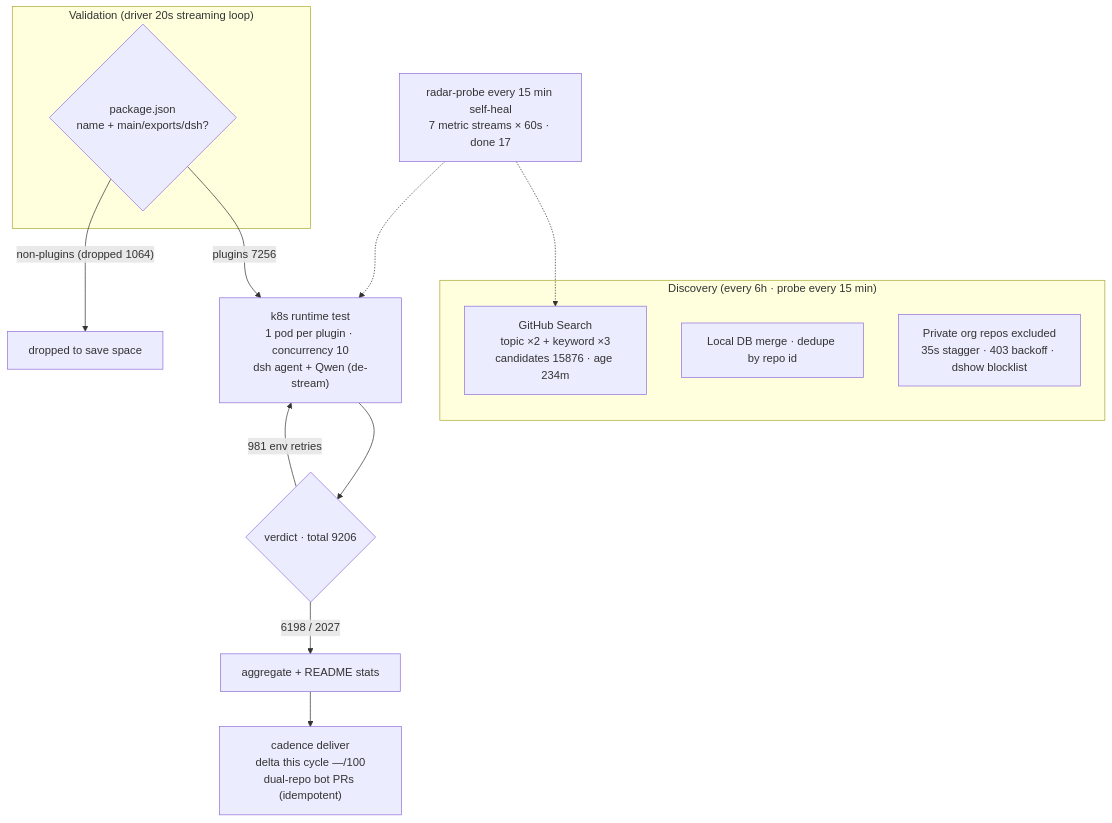
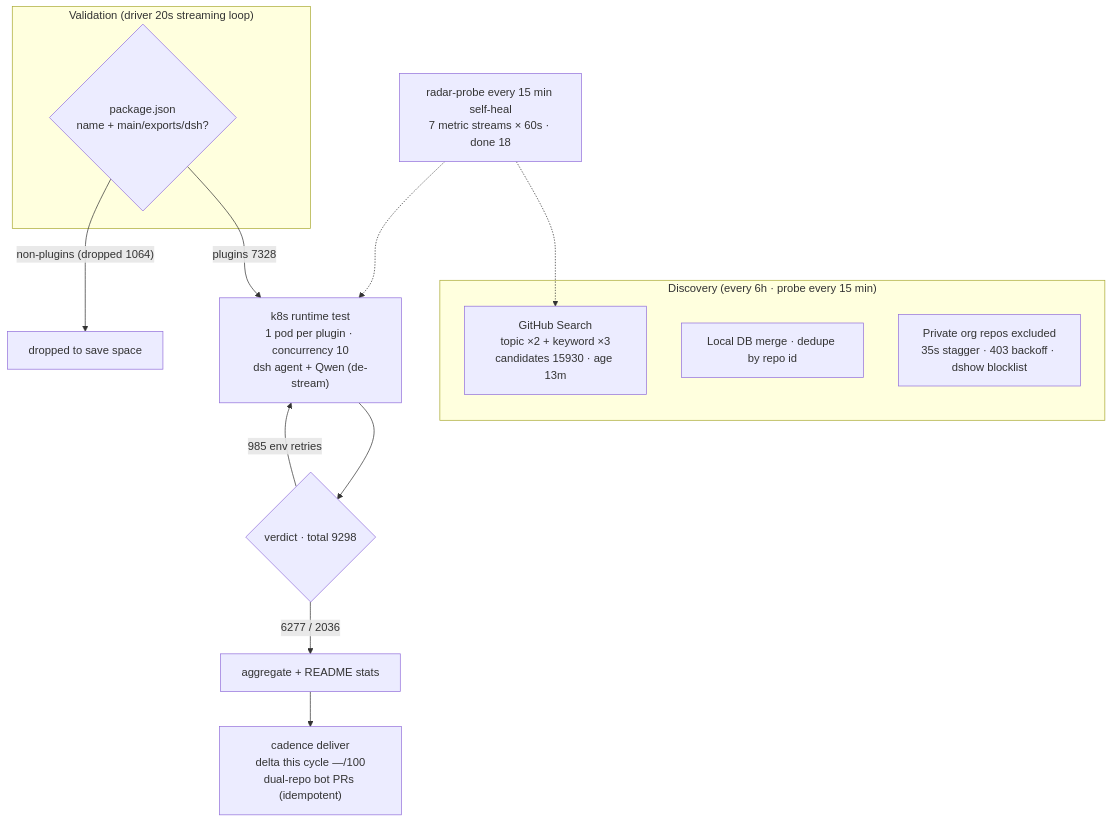
Before and after one commit to AdamPlatin123/awesome-dsh-plugins: the diagram in README.en-US.md, drawn with Mermaid. The commit also changed other lines of this file and 4 other files, not shown here.

````diff
--- a/README.en-US.md
+++ b/README.en-US.md
@@ -30,20 +30,20 @@
 ```mermaid
 flowchart TB
     subgraph Discovery["Discovery (every 6h · probe every 15 min)"]
-        A1["GitHub Search<br/>topic ×2 + keyword ×3<br/>candidates 15876 · age 234m"]
+        A1["GitHub Search<br/>topic ×2 + keyword ×3<br/>candidates 15930 · age 13m"]
         A2["Local DB merge · dedupe by repo id"]
         A3["Private org repos excluded<br/>35s stagger · 403 backoff · dshow blocklist"]
     end
     subgraph Validation["Validation (driver 20s streaming loop)"]
         B1{"package.json<br/>name + main/exports/dsh?"}
     end
-    B1 -->|"plugins 7256"| C1["k8s runtime test<br/>1 pod per plugin · concurrency 10<br/>dsh agent + Qwen (de-stream)"]
+    B1 -->|"plugins 7328"| C1["k8s runtime test<br/>1 pod per plugin · concurrency 10<br/>dsh agent + Qwen (de-stream)"]
     B1 -->|"non-plugins (dropped 1064)"| B3["dropped to save space"]
-    C1 --> D1{"verdict · total 9206"}
-    D1 -->|"6198 / 2027"| E1["aggregate + README stats"]
-    D1 -->|"981 env retries"| C1
+    C1 --> D1{"verdict · total 9298"}
+    D1 -->|"6277 / 2036"| E1["aggregate + README stats"]
+    D1 -->|"985 env retries"| C1
     E1 --> E2["cadence deliver<br/>delta this cycle —/100<br/>dual-repo bot PRs (idempotent)"]
-    M["radar-probe every 15 min self-heal<br/>7 metric streams × 60s · done 17"]
+    M["radar-probe every 15 min self-heal<br/>7 metric streams × 60s · done 18"]
     M -.-> A1
     M -.-> C1
 ```
````
